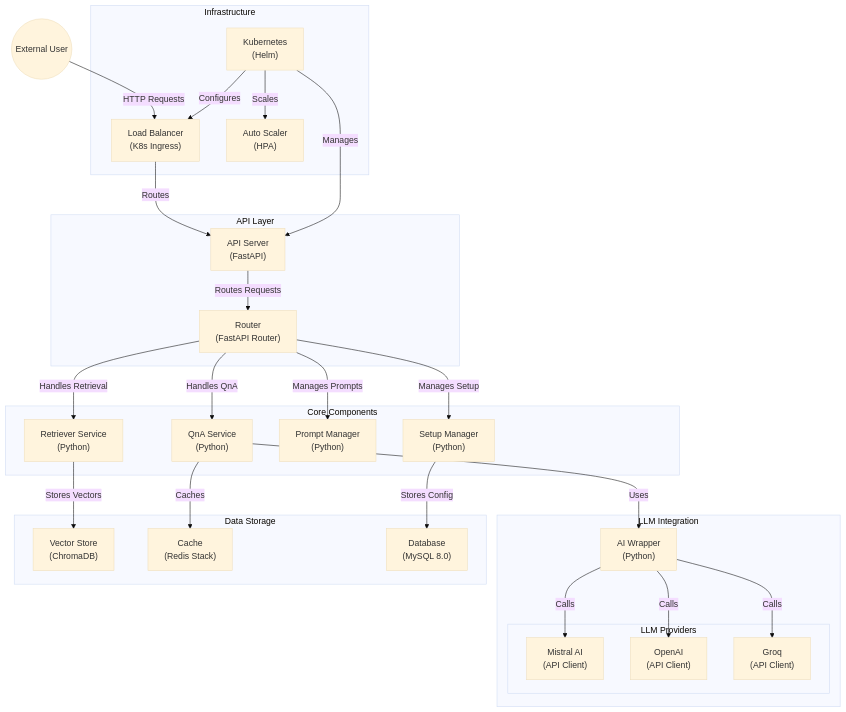
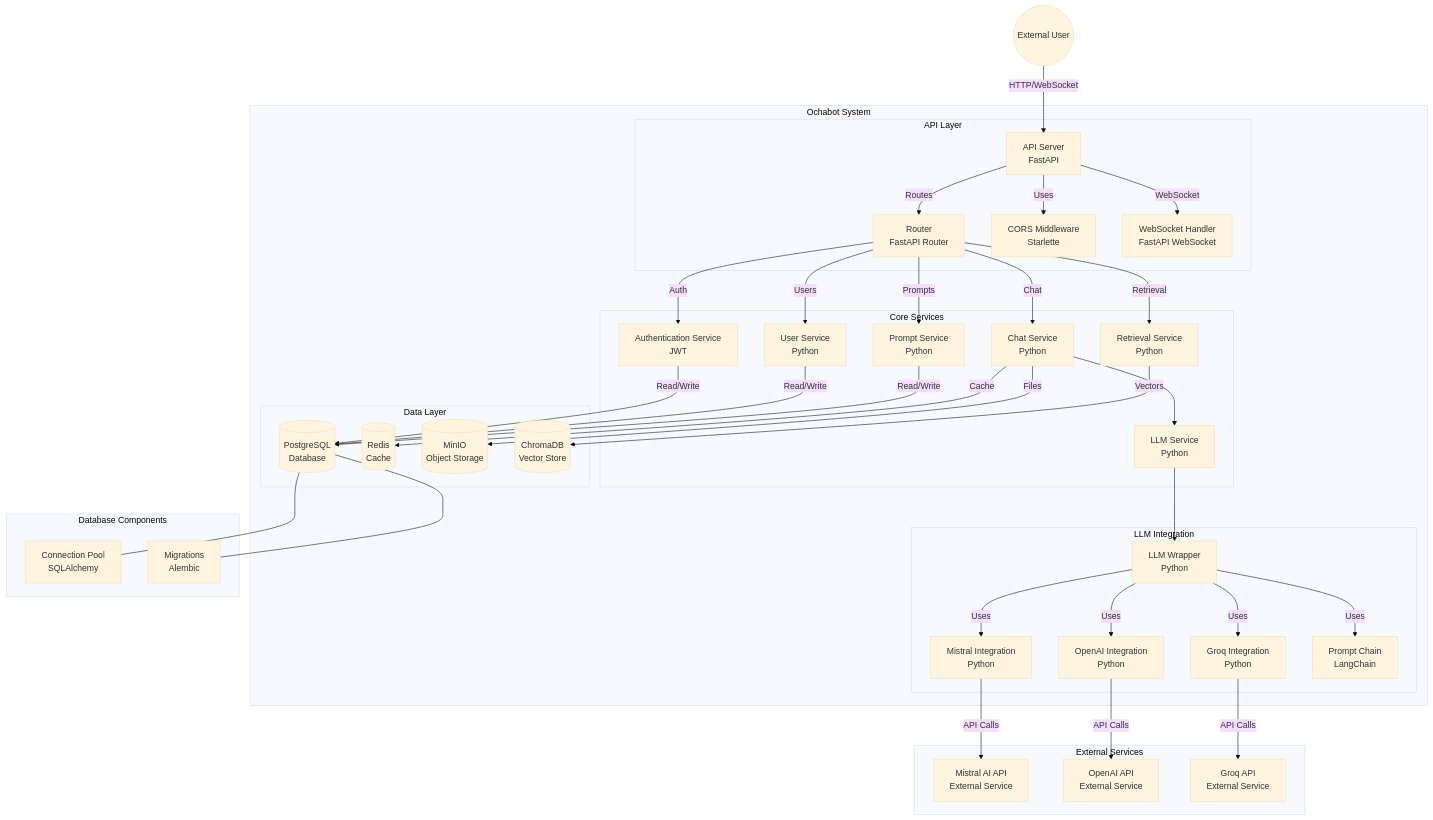
Before and after one commit to sofyan48/ochabot: the diagram in README.md, drawn with Mermaid (base theme).

````diff
--- a/README.md
+++ b/README.md
@@ -86,60 +86,82 @@
 ```mermaid
 graph TB
     User((External User))
+    
+    subgraph "Ochabot System"
+        subgraph "API Layer"
+            FastAPI["API Server<br>FastAPI"]
+            Router["Router<br>FastAPI Router"]
+            CORS["CORS Middleware<br>Starlette"]
+            WebSocket["WebSocket Handler<br>FastAPI WebSocket"]
+        end
 
-    subgraph "API Layer"
-        FastAPI["API Server<br>(FastAPI)"]
-        Router["Router<br>(FastAPI Router)"]
-    end
+        subgraph "Core Services"
+            AuthService["Authentication Service<br>JWT"]
+            ChatService["Chat Service<br>Python"]
+            LLMService["LLM Service<br>Python"]
+            UserService["User Service<br>Python"]
+            PromptService["Prompt Service<br>Python"]
+            RetrievalService["Retrieval Service<br>Python"]
+        end
 
-    subgraph "LLM Integration"
-        LLMWrapper["AI Wrapper<br>(Python)"]
-        subgraph "LLM Providers"
-            MistralAI["Mistral AI<br>(API Client)"]
-            OpenAI["OpenAI<br>(API Client)"]
-            Groq["Groq<br>(API Client)"]
+        subgraph "LLM Integration"
+            LLMWrapper["LLM Wrapper<br>Python"]
+            MistralAI["Mistral Integration<br>Python"]
+            OpenAI["OpenAI Integration<br>Python"]
+            GroqAI["Groq Integration<br>Python"]
+            Prompter["Prompt Chain<br>LangChain"]
+        end
+
+        subgraph "Data Layer"
+            PostgreSQL[("PostgreSQL<br>Database")]
+            Redis[("Redis<br>Cache")]
+            MinIO[("MinIO<br>Object Storage")]
+            ChromaDB[("ChromaDB<br>Vector Store")]
         end
     end
 
-    subgraph "Data Storage"
-        ChromaDB["Vector Store<br>(ChromaDB)"]
-        Redis["Cache<br>(Redis Stack)"]
-        MySQL["Database<br>(MySQL 8.0)"]
+    subgraph "External Services"
+        MistralAPI["Mistral AI API<br>External Service"]
+        OpenAIAPI["OpenAI API<br>External Service"]
+        GroqAPI["Groq API<br>External Service"]
     end
 
-    subgraph "Core Components"
-        Retriever["Retriever Service<br>(Python)"]
-        QnAService["QnA Service<br>(Python)"]
-        PromptManager["Prompt Manager<br>(Python)"]
-        SetupManager["Setup Manager<br>(Python)"]
+    %% Connections
+    User -->|"HTTP/WebSocket"| FastAPI
+    FastAPI -->|"Routes"| Router
+    FastAPI -->|"Uses"| CORS
+    FastAPI -->|"WebSocket"| WebSocket
+
+    Router -->|"Auth"| AuthService
+    Router -->|"Chat"| ChatService
+    Router -->|"Users"| UserService
+    Router -->|"Prompts"| PromptService
+    Router -->|"Retrieval"| RetrievalService
+
+    ChatService --> LLMService
+    LLMService --> LLMWrapper
+    LLMWrapper -->|"Uses"| MistralAI
+    LLMWrapper -->|"Uses"| OpenAI
+    LLMWrapper -->|"Uses"| GroqAI
+    LLMWrapper -->|"Uses"| Prompter
+
+    MistralAI -->|"API Calls"| MistralAPI
+    OpenAI -->|"API Calls"| OpenAIAPI
+    GroqAI -->|"API Calls"| GroqAPI
+
+    AuthService -->|"Read/Write"| PostgreSQL
+    UserService -->|"Read/Write"| PostgreSQL
+    PromptService -->|"Read/Write"| PostgreSQL
+    
+    ChatService -->|"Cache"| Redis
+    RetrievalService -->|"Vectors"| ChromaDB
+    ChatService -->|"Files"| MinIO
+
+    %% Component relationships
+    subgraph "Database Components"
+        DBPool["Connection Pool<br>SQLAlchemy"]
+        DBMigrations["Migrations<br>Alembic"]
     end
-
-    subgraph "Infrastructure"
-        K8s["Kubernetes<br>(Helm)"]
-        LoadBalancer["Load Balancer<br>(K8s Ingress)"]
-        HPA["Auto Scaler<br>(HPA)"]
-    end
-
-    %% Relationships
-    User -->|"HTTP Requests"| LoadBalancer
-    LoadBalancer -->|"Routes"| FastAPI
-    FastAPI -->|"Routes Requests"| Router
-    
-    Router -->|"Handles QnA"| QnAService
-    Router -->|"Manages Prompts"| PromptManager
-    Router -->|"Manages Setup"| SetupManager
-    Router -->|"Handles Retrieval"| Retriever
-
-    QnAService -->|"Uses"| LLMWrapper
-    LLMWrapper -->|"Calls"| MistralAI
-    LLMWrapper -->|"Calls"| OpenAI
-    LLMWrapper -->|"Calls"| Groq
-
-    Retriever -->|"Stores Vectors"| ChromaDB
-    QnAService -->|"Caches"| Redis
-    SetupManager -->|"Stores Config"| MySQL
-
-    K8s -->|"Manages"| FastAPI
-    K8s -->|"Configures"| LoadBalancer
-    K8s -->|"Scales"| HPA
+    PostgreSQL --- DBPool
+    PostgreSQL --- DBMigrations
 ```
````
